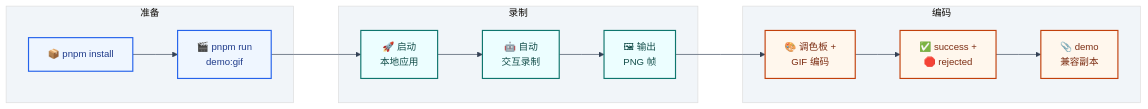
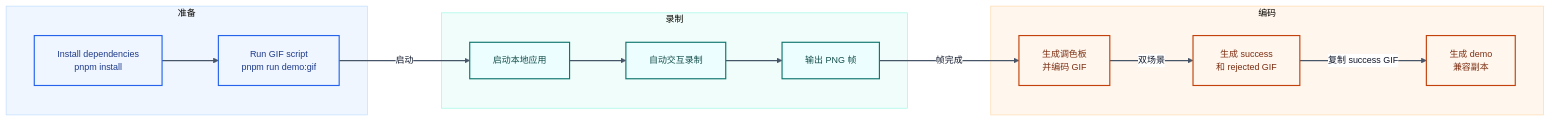
Before and after one commit to sunshineluyao/Moss-Mcp-Transaction: the sixth of 8 diagrams in README.md, drawn with Mermaid. The commit also changed other lines of this file, not shown here.

Commit message:
docs: refine Mermaid diagrams for full labels

````diff
--- a/README.md
+++ b/README.md
@@ -566,29 +584,33 @@
 ```mermaid
-%%{init: {'theme':'base','flowchart': {'htmlLabels': true, 'nodeSpacing': 56, 'rankSpacing': 70, 'curve': 'linear'},'themeVariables': {'fontFamily':'Trebuchet MS, Segoe UI, sans-serif','fontSize':'15px','primaryColor':'#eef6ff','primaryBorderColor':'#3b82f6','primaryTextColor':'#0f172a','lineColor':'#334155','secondaryColor':'#f8fafc','tertiaryColor':'#f1f5f9','edgeLabelBackground':'#e2e8f0'}}}%%
+%%{init: {'theme':'base','flowchart': {'htmlLabels': true, 'nodeSpacing': 72, 'rankSpacing': 88, 'curve': 'linear', 'padding': 18}, 'themeVariables': {'fontFamily':'Arial, Helvetica, sans-serif','fontSize':'14px','primaryTextColor':'#0f172a','lineColor':'#334155','clusterBkg':'#f8fafc','clusterBorder':'#cbd5e1','edgeLabelBackground':'#ffffff'}}}%%
 flowchart LR
   subgraph P1[准备]
-    A["📦 pnpm install"] --> B["🎬 pnpm run<br/>demo:gif"]
+    A["Install dependencies<br/>pnpm install"] --> B["Run GIF script<br/>pnpm run demo:gif"]
   end
 
   subgraph P2[录制]
-    C["🚀 启动<br/>本地应用"] --> D["🤖 自动<br/>交互录制"]
-    D --> E["🖼 输出<br/>PNG 帧"]
+    C["启动本地应用"] --> D["自动交互录制"]
+    D --> E["输出 PNG 帧"]
   end
 
   subgraph P3[编码]
-    F["🎨 调色板 +<br/>GIF 编码"]
-    G["✅ success +<br/>🛑 rejected"]
-    H["📎 demo<br/>兼容副本"]
+    F["生成调色板<br/>并编码 GIF"]
+    G["生成 success<br/>和 rejected GIF"]
+    H["生成 demo<br/>兼容副本"]
   end
 
-  B --> C
-  E --> F --> G --> H
+  B -->|启动| C
+  E -->|帧完成| F -->|双场景| G -->|复制 success GIF| H
 
   classDef prep fill:#eff6ff,stroke:#2563eb,stroke-width:1.8px,color:#1e3a8a;
   classDef capture fill:#ecfeff,stroke:#0f766e,stroke-width:1.8px,color:#134e4a;
   classDef encode fill:#fff7ed,stroke:#c2410c,stroke-width:1.8px,color:#7c2d12;
 
   class A,B prep;
   class C,D,E capture;
   class F,G,H encode;
+  style P1 fill:#eff6ff,stroke:#bfdbfe,stroke-width:1px
+  style P2 fill:#f0fdfa,stroke:#99f6e4,stroke-width:1px
+  style P3 fill:#fff7ed,stroke:#fed7aa,stroke-width:1px
+  linkStyle default stroke:#475569,stroke-width:2px;
 ```
````
